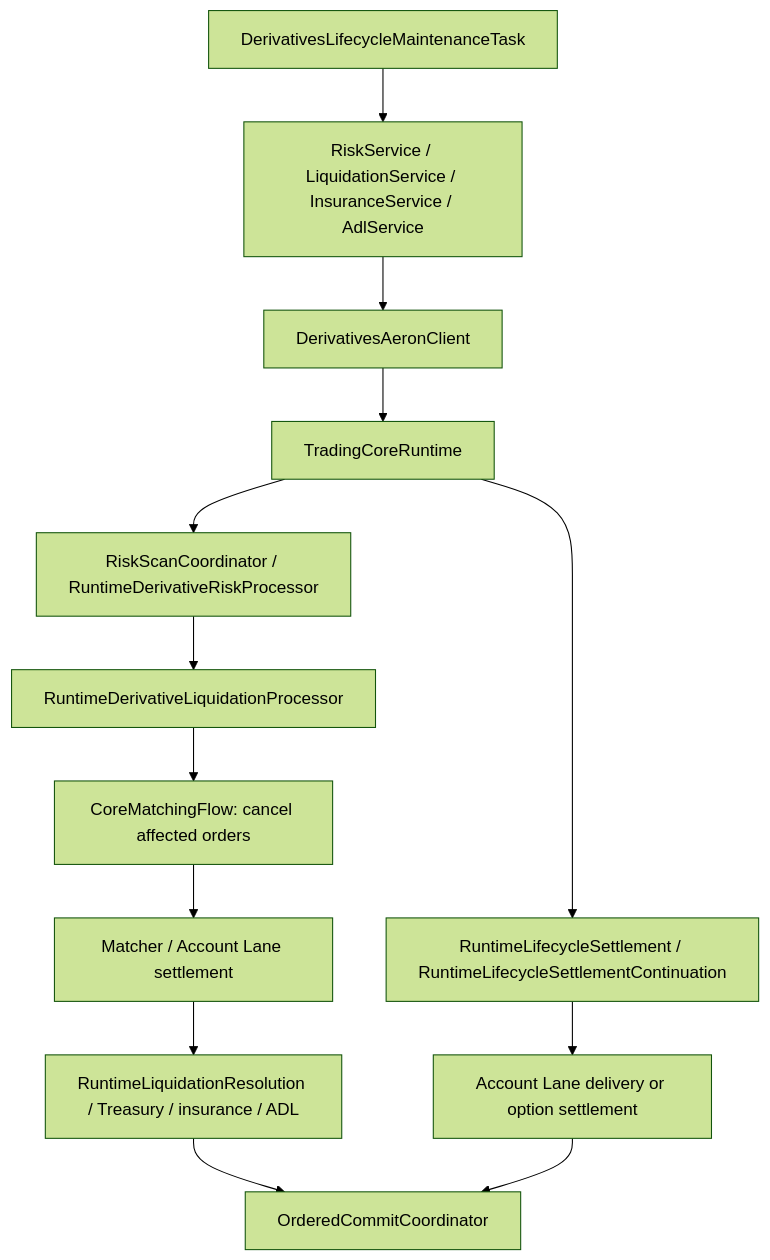
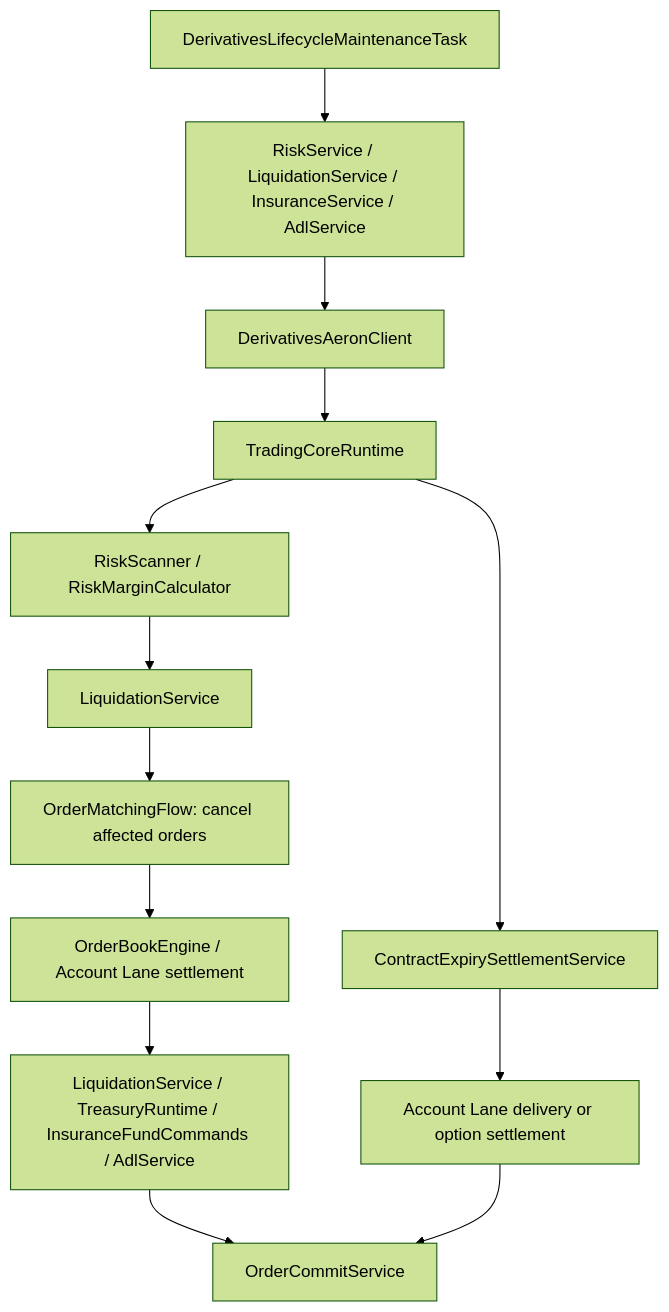
Before and after one commit to lilaizhencn/surprising-ex: the tenth of 15 diagrams in README.md, drawn with Mermaid (forest theme). The commit also changed other lines of this file and 14 other files, not shown here.

First line of the commit message:
docs(aeron): align architecture docs with the current order path

````diff
--- a/README.md
+++ b/README.md
@@ -254,15 +253,15 @@
 ```mermaid
 flowchart TB
     Task[DerivativesLifecycleMaintenanceTask] --> Services[RiskService / LiquidationService / InsuranceService / AdlService]
     Services --> Client[DerivativesAeronClient]
     Client --> Runtime[TradingCoreRuntime]
-    Runtime --> Risk[RiskScanCoordinator / RuntimeDerivativeRiskProcessor]
-    Risk --> Liquidation[RuntimeDerivativeLiquidationProcessor]
-    Liquidation --> Cancellation[CoreMatchingFlow: cancel affected orders]
-    Cancellation --> Matching[Matcher / Account Lane settlement]
-    Matching --> Resolution[RuntimeLiquidationResolution / Treasury / insurance / ADL]
-    Runtime --> Expiry[RuntimeLifecycleSettlement / RuntimeLifecycleSettlementContinuation]
+    Runtime --> Risk[RiskScanner / RiskMarginCalculator]
+    Risk --> Liquidation[LiquidationService]
+    Liquidation --> Cancellation[OrderMatchingFlow: cancel affected orders]
+    Cancellation --> Matching[OrderBookEngine / Account Lane settlement]
+    Matching --> Resolution[LiquidationService / TreasuryRuntime / InsuranceFundCommands / AdlService]
+    Runtime --> Expiry[ContractExpirySettlementService]
     Expiry --> Accounts[Account Lane delivery or option settlement]
-    Resolution --> Commit[OrderedCommitCoordinator]
+    Resolution --> Commit[OrderCommitService]
     Accounts --> Commit
 ```
````
